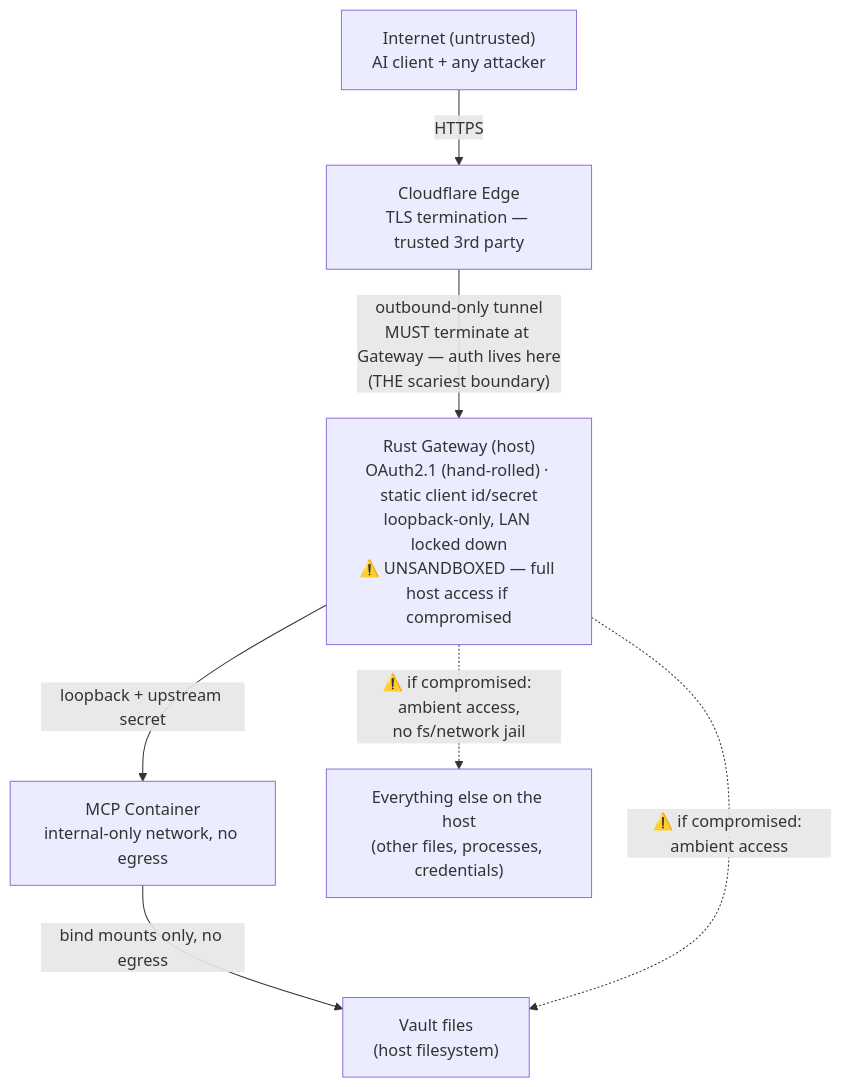
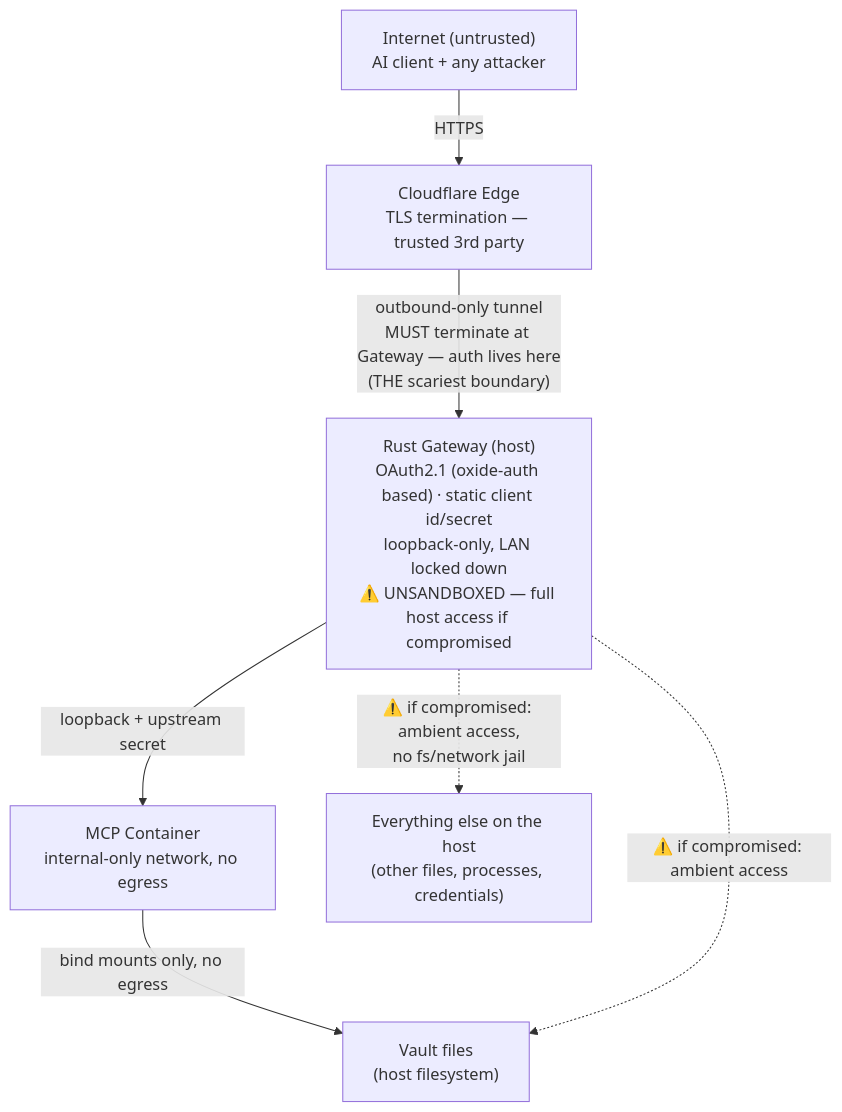
Before and after one commit to tleyden/brain3: the diagram in SECURITY_AUDIT.md, drawn with Mermaid. The commit also changed other lines of this file and 1 other file, not shown here.

````diff
--- a/SECURITY_AUDIT.md
+++ b/SECURITY_AUDIT.md
@@ -22,16 +22,16 @@
 ```mermaid
 graph TD
     Internet["Internet (untrusted)\nAI client + any attacker"]
     CF["Cloudflare Edge\nTLS termination — trusted 3rd party"]
-    Gateway["Rust Gateway (host)\nOAuth2.1 (hand-rolled) · static client id/secret\nloopback-only, LAN locked down\n⚠️ UNSANDBOXED — full host access if compromised"]
+    Gateway["Rust Gateway (host)\nOAuth2.1 (oxide-auth based) · static client id/secret\nloopback-only, LAN locked down\n⚠️ UNSANDBOXED — full host access if compromised"]
     Container["MCP Container\ninternal-only network, no egress"]
     Vault["Vault files\n(host filesystem)"]
     HostOther["Everything else on the host\n(other files, processes, credentials)"]
 
     Internet -- "HTTPS" --> CF
     CF -- "outbound-only tunnel\nMUST terminate at Gateway — auth lives here\n(THE scariest boundary)" --> Gateway
     Gateway -- "loopback + upstream secret" --> Container
     Container -- "bind mounts only, no egress" --> Vault
     Gateway -. "⚠️ if compromised: ambient access,\nno fs/network jail" .-> HostOther
     Gateway -. "⚠️ if compromised: ambient access" .-> Vault
 ```
````
